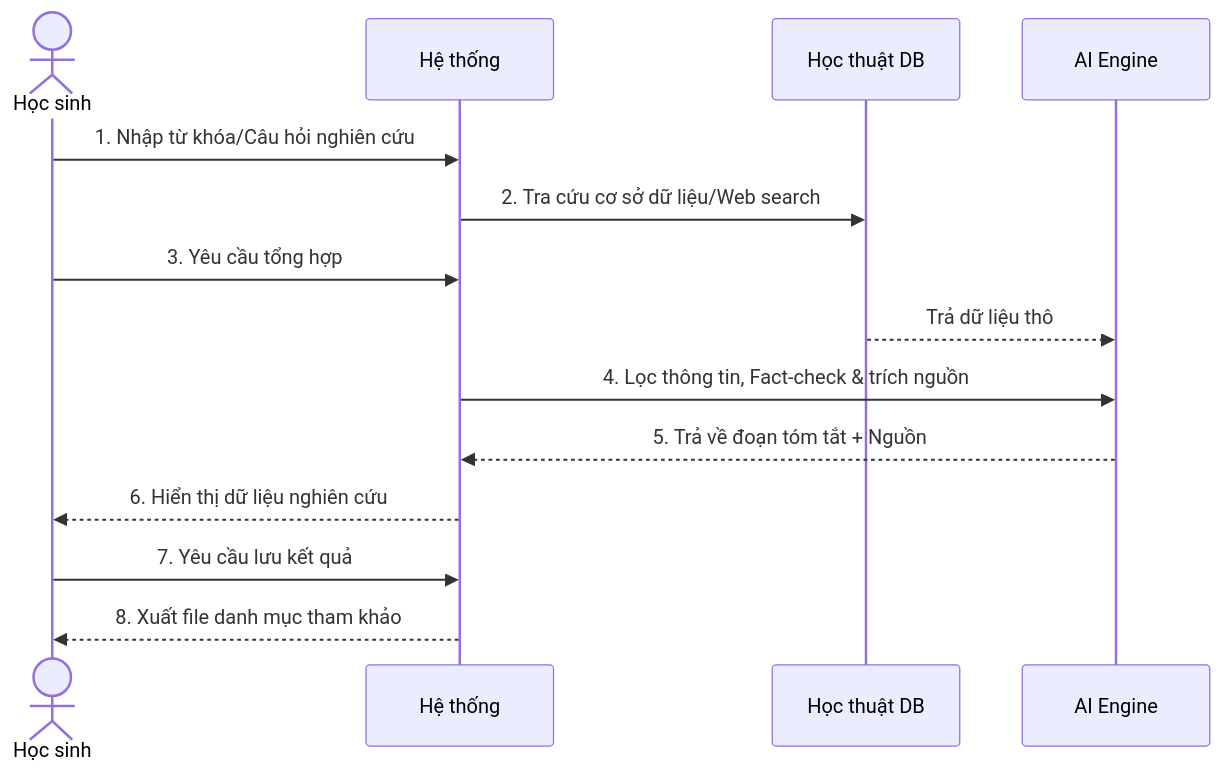
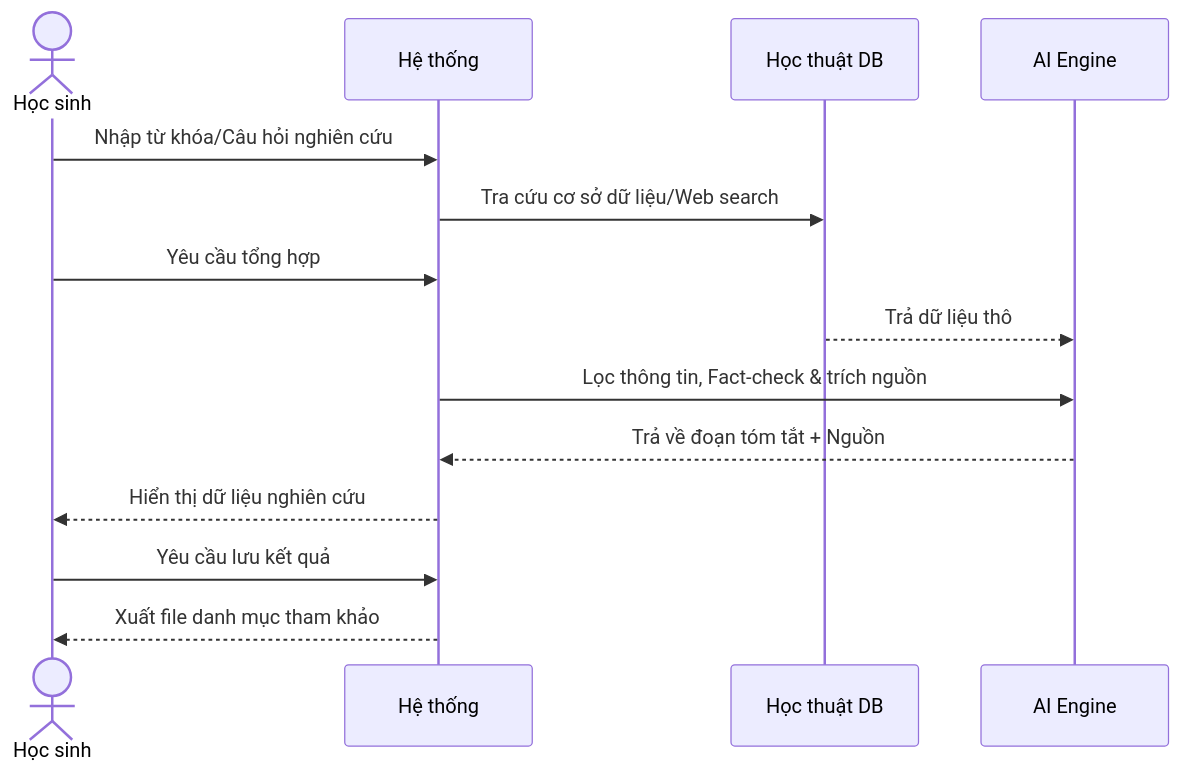
One commit to Cong-ty-TNNH-Q-Tech/Q-School changed the fifth of 8 diagrams in docs/nhom_5_magicstudent.md. Above: the diagram before and after it, drawn with Mermaid. The commit also changed other lines of this file and 5 other files, not shown here.

Commit message:
docs: refine sequence diagrams logical flow and remove step numbers

````diff
--- a/docs/nhom_5_magicstudent.md
+++ b/docs/nhom_5_magicstudent.md
@@ -159,17 +159,17 @@
 ```mermaid
 sequenceDiagram
     actor HS as Học sinh
     participant HT as Hệ thống
     participant DB as Học thuật DB
     participant AI as AI Engine
 
-    HS->>HT: 1. Nhập từ khóa/Câu hỏi nghiên cứu
-    HT->>DB: 2. Tra cứu cơ sở dữ liệu/Web search
-    HS->>HT: 3. Yêu cầu tổng hợp
+    HS->>HT: Nhập từ khóa/Câu hỏi nghiên cứu
+    HT->>DB: Tra cứu cơ sở dữ liệu/Web search
+    HS->>HT: Yêu cầu tổng hợp
     DB-->>AI: Trả dữ liệu thô
-    HT->>AI: 4. Lọc thông tin, Fact-check & trích nguồn
-    AI-->>HT: 5. Trả về đoạn tóm tắt + Nguồn
-    HT-->>HS: 6. Hiển thị dữ liệu nghiên cứu
-    HS->>HT: 7. Yêu cầu lưu kết quả
-    HT-->>HS: 8. Xuất file danh mục tham khảo
+    HT->>AI: Lọc thông tin, Fact-check & trích nguồn
+    AI-->>HT: Trả về đoạn tóm tắt + Nguồn
+    HT-->>HS: Hiển thị dữ liệu nghiên cứu
+    HS->>HT: Yêu cầu lưu kết quả
+    HT-->>HS: Xuất file danh mục tham khảo
 ```
````
